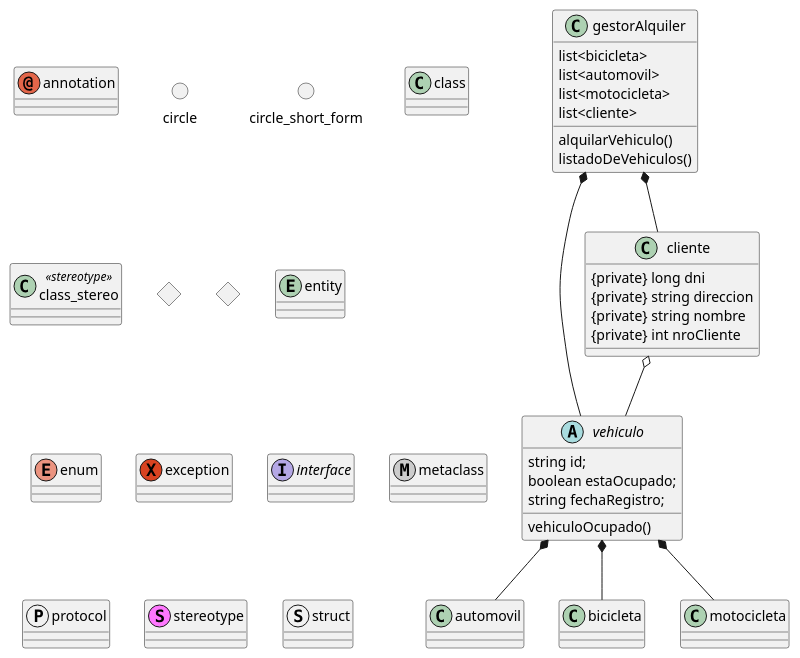
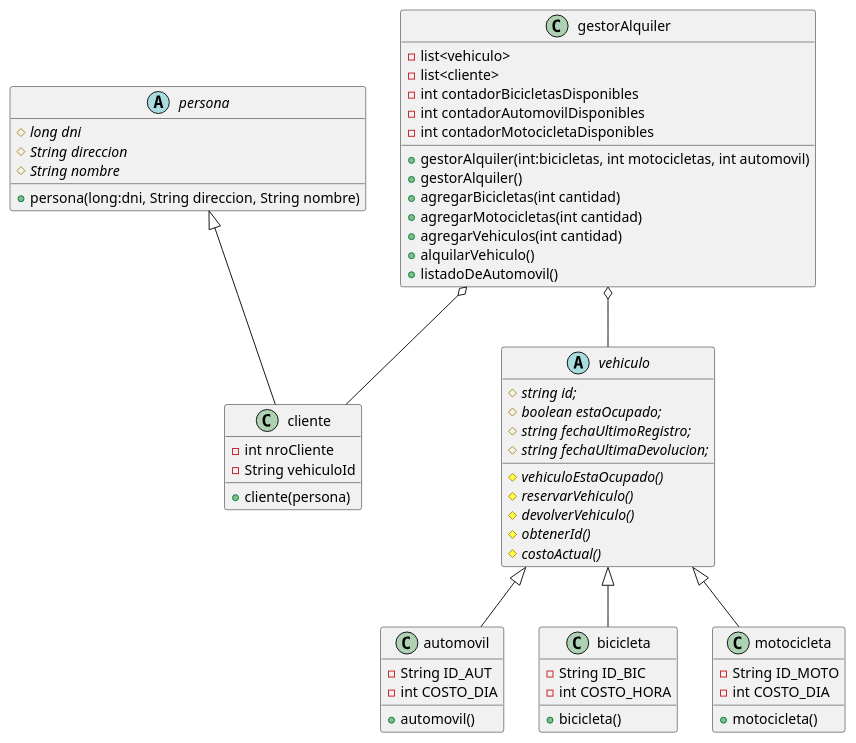
Before and after one commit to LauraMont/POO-UADE: the diagram in Clase3/classDiagram.puml, drawn with PlantUML.

Commit message:
Modificacion de diagrama de clases (classDiagram.pum), se agregaron las relaciones necesarias

```diff
--- a/Clase3/classDiagram.puml
+++ b/Clase3/classDiagram.puml
@@ -1,54 +1,76 @@
 @startuml
+
+class           persona
 abstract        vehiculo
 class           cliente
 class           automovil
 class           bicicleta
 class           motocicleta
 class           gestorAlquiler
 
-vehiculo *-- bicicleta
-vehiculo *-- automovil
-vehiculo *-- motocicleta
-gestorAlquiler *-- cliente
-gestorAlquiler *-- vehiculo
-cliente o-- vehiculo
+vehiculo <|-- bicicleta
+vehiculo <|-- automovil
+vehiculo <|-- motocicleta
+gestorAlquiler o-- cliente
+gestorAlquiler o-- vehiculo
+persona <|-- cliente
+
+abstract persona{
+     # {abstract} long dni
+     # {abstract} String direccion
+     # {abstract} String nombre
+     + persona(long:dni, String direccion, String nombre)
+}
 
 class cliente{
-     {private} long dni
-     {private} string direccion
-     {private} string nombre
-     {private} int nroCliente
+     - int nroCliente
+     - String vehiculoId
+     + cliente(persona)
 }
 
 class gestorAlquiler{
-    list<bicicleta>
-    list<automovil>
-    list<motocicleta>
-    list<cliente>
-    alquilarVehiculo()
-    listadoDeVehiculos()
+    - list<vehiculo>
+    - list<cliente>
+    - int contadorBicicletasDisponibles
+    - int contadorAutomovilDisponibles
+    - int contadorMotocicletaDisponibles
+    + gestorAlquiler(int:bicicletas, int motocicletas, int automovil)
+    + gestorAlquiler()
+    + agregarBicicletas(int cantidad)
+    + agregarMotocicletas(int cantidad)
+    + agregarVehiculos(int cantidad)
+    + alquilarVehiculo()
+    + listadoDeAutomovil()
 }
 
 abstract vehiculo{
-     string id;
-     boolean estaOcupado;
-     string fechaRegistro;
-     vehiculoOcupado()
+     #  {abstract} string id;
+     #  {abstract} boolean estaOcupado;
+     #  {abstract} string fechaUltimoRegistro;
+     #  {abstract} string fechaUltimaDevolucion;
+     #  {abstract} vehiculoEstaOcupado()
+     #  {abstract} reservarVehiculo()
+     #  {abstract} devolverVehiculo()
+     #  {abstract} obtenerId()
+     #  {abstract} costoActual()
 }
 
-annotation      annotation
-circle          circle
-()              circle_short_form
-class           class
-class           class_stereo  <<stereotype>>
-diamond         diamond
-<>              diamond_short_form
-entity          entity
-enum            enum
-exception       exception
-interface       interface
-metaclass       metaclass
-protocol        protocol
-stereotype      stereotype
-struct          struct
+class automovil{
+     - String ID_AUT
+     - int COSTO_DIA
+     + automovil()
+}
+
+class bicicleta{
+     - String ID_BIC
+     - int COSTO_HORA
+     + bicicleta()
+}
+
+class motocicleta{
+     - String ID_MOTO
+     - int COSTO_DIA
+     + motocicleta()
+}
+
 @enduml
```
